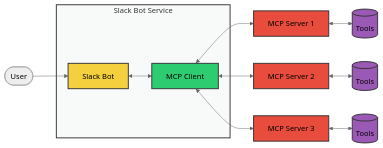
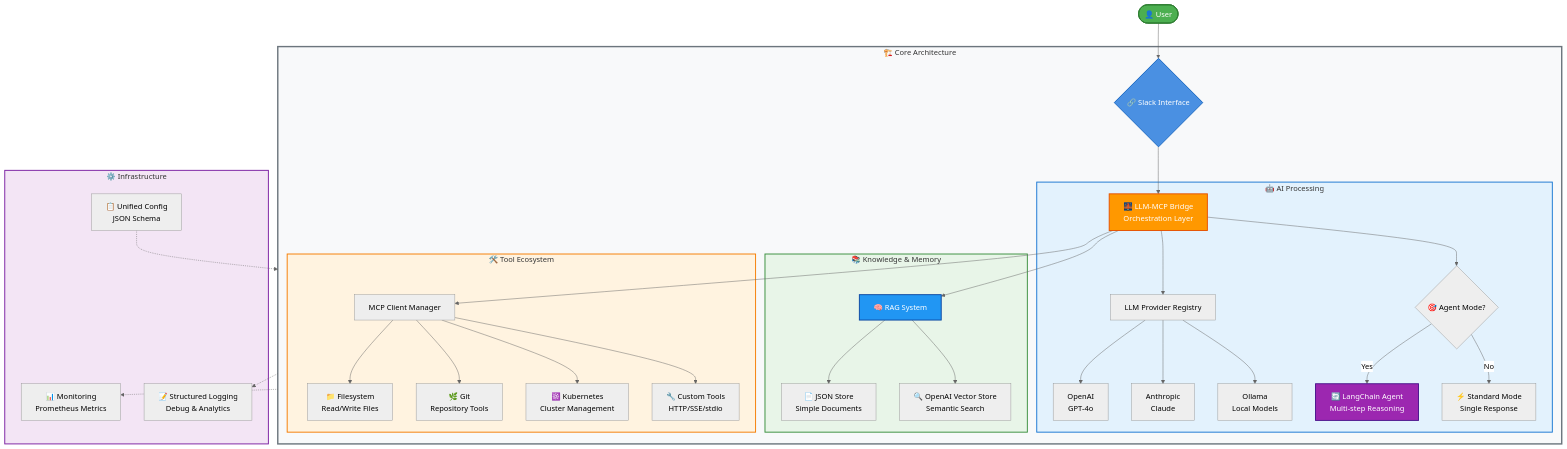
One commit to tuannvm/slack-mcp-client changed the diagram in README.md. Above: the diagram before and after it, drawn with Mermaid (neutral theme). The commit also changed other lines of this file and 22 other files, not shown here.

````diff
--- a/README.md
+++ b/README.md
@@ -22,28 +45,55 @@
 ```mermaid
-flowchart LR
-    User([User]) --> SlackBot
+flowchart TB
+    User([👤 User]) --> Slack{🔗 Slack Interface}
     
-    subgraph SlackBotService[Slack Bot Service]
-        SlackBot[Slack Bot] <--> MCPClient[MCP Client]
+    subgraph Core[🏗️ Core Architecture]
+        Slack --> Bridge[🌉 LLM-MCP Bridge<br/>Orchestration Layer]
+        
+        subgraph LLM[🤖 AI Processing]
+            Bridge --> LLMRegistry[LLM Provider Registry]
+            LLMRegistry --> OpenAI[OpenAI<br/>GPT-4o]
+            LLMRegistry --> Anthropic[Anthropic<br/>Claude]
+            LLMRegistry --> Ollama[Ollama<br/>Local Models]
+            
+            Bridge --> Agent{🎯 Agent Mode?}
+            Agent -->|Yes| LangChain[🔄 LangChain Agent<br/>Multi-step Reasoning]
+            Agent -->|No| Standard[⚡ Standard Mode<br/>Single Response]
+        end
+        
+        subgraph Knowledge[📚 Knowledge & Memory]
+            Bridge --> RAG[🧠 RAG System]
+            RAG --> SimpleRAG[📄 JSON Store<br/>Simple Documents]
+            RAG --> VectorRAG[🔍 OpenAI Vector Store<br/>Semantic Search]
+        end
+        
+        subgraph Tools[🛠️ Tool Ecosystem]
+            Bridge --> MCPManager[MCP Client Manager]
+            MCPManager --> FileSystem[📁 Filesystem<br/>Read/Write Files]
+            MCPManager --> Git[🌿 Git<br/>Repository Tools]
+            MCPManager --> Kubernetes[☸️ Kubernetes<br/>Cluster Management]
+            MCPManager --> Custom[🔧 Custom Tools<br/>HTTP/SSE/stdio]
+        end
     end
     
-
+    subgraph Infrastructure[⚙️ Infrastructure]
+        Config[📋 Unified Config<br/>JSON Schema]
+        Monitoring[📊 Monitoring<br/>Prometheus Metrics]
+        Logging[📝 Structured Logging<br/>Debug & Analytics]
+    end
     
-    MCPClient <--> MCPServer1[MCP Server 1]
-    MCPClient <--> MCPServer2[MCP Server 2]
-    MCPClient <--> MCPServer3[MCP Server 3]
+    Config -.-> Core
+    Core -.-> Monitoring
+    Core -.-> Logging
     
-    MCPServer1 <--> Tools1[(Tools)]
-    MCPServer2 <--> Tools2[(Tools)]
-    MCPServer3 <--> Tools3[(Tools)]
+    style Core fill:#F8F9FA,stroke:#6C757D,stroke-width:3px
+    style LLM fill:#E3F2FD,stroke:#1976D2,stroke-width:2px
+    style Knowledge fill:#E8F5E8,stroke:#388E3C,stroke-width:2px
+    style Tools fill:#FFF3E0,stroke:#F57C00,stroke-width:2px
+    style Infrastructure fill:#F3E5F5,stroke:#7B1FA2,stroke-width:2px
     
-    style SlackBotService fill:#F8F9F9,stroke:#333,stroke-width:2px
-    style SlackBot fill:#F4D03F,stroke:#333,stroke-width:2px
-    style MCPClient fill:#2ECC71,stroke:#333,stroke-width:2px
-    style MCPServer1 fill:#E74C3C,stroke:#333,stroke-width:2px
-    style MCPServer2 fill:#E74C3C,stroke:#333,stroke-width:2px
-    style MCPServer3 fill:#E74C3C,stroke:#333,stroke-width:2px
-    style Tools1 fill:#9B59B6,stroke:#333,stroke-width:2px
-    style Tools2 fill:#9B59B6,stroke:#333,stroke-width:2px
-    style Tools3 fill:#9B59B6,stroke:#333,stroke-width:2px
+    style User fill:#4CAF50,stroke:#2E7D32,stroke-width:2px,color:#fff
+    style Slack fill:#4A90E2,stroke:#1565C0,stroke-width:2px,color:#fff
+    style Bridge fill:#FF9800,stroke:#E65100,stroke-width:2px,color:#fff
+    style LangChain fill:#9C27B0,stroke:#4A148C,stroke-width:2px,color:#fff
+    style RAG fill:#2196F3,stroke:#0D47A1,stroke-width:2px,color:#fff
 ```
````
